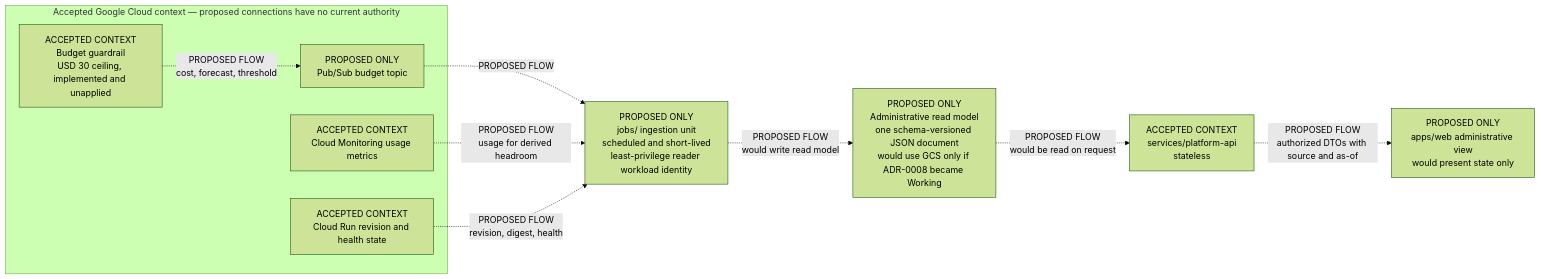
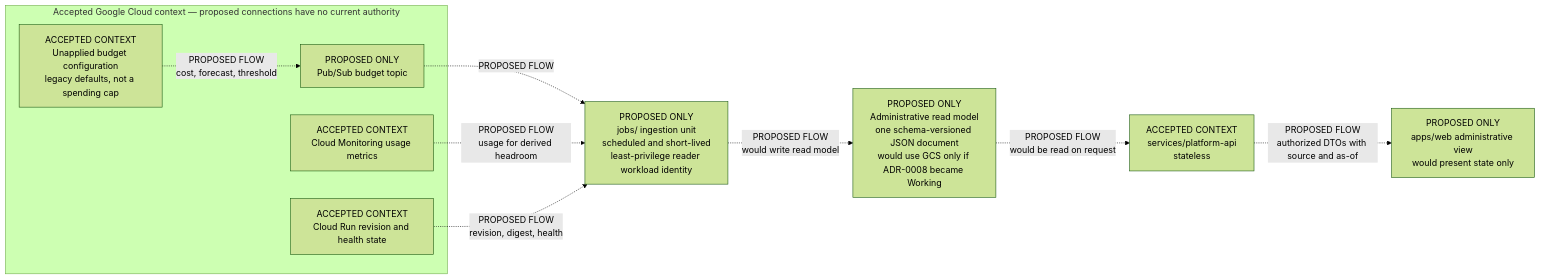
Diagram 11 of 11 in docs/architecture/overview.md (money-noodle/money-noodle), drawn with Mermaid (forest theme) before and after one commit. The commit also changed other lines of this file and 15 other files, not shown here.

````diff
--- a/docs/architecture/overview.md
+++ b/docs/architecture/overview.md
@@ -396,22 +417,22 @@
 ```mermaid
 flowchart LR
     subgraph gcp["Accepted Google Cloud context — proposed connections have no current authority"]
-        budget["ACCEPTED CONTEXT<br/>Budget guardrail<br/>USD 30 ceiling, implemented and unapplied"]
+        budget["ACCEPTED CONTEXT<br/>Unapplied budget configuration<br/>legacy defaults, not a spending cap"]
         topic["PROPOSED ONLY<br/>Pub/Sub budget topic"]
         metrics["ACCEPTED CONTEXT<br/>Cloud Monitoring usage metrics"]
         runState["ACCEPTED CONTEXT<br/>Cloud Run revision and health state"]
     end
 
     job["PROPOSED ONLY<br/>jobs/ ingestion unit<br/>scheduled and short-lived<br/>least-privilege reader workload identity"]
     readModel["PROPOSED ONLY<br/>Administrative read model<br/>one schema-versioned JSON document<br/>would use GCS only if ADR-0008 became Working"]
     apiService["ACCEPTED CONTEXT<br/>services/platform-api<br/>stateless"]
     adminView["PROPOSED ONLY<br/>apps/web administrative view<br/>would present state only"]
 
     budget -. "PROPOSED FLOW<br/>cost, forecast, threshold" .-> topic
     topic -. "PROPOSED FLOW" .-> job
     metrics -. "PROPOSED FLOW<br/>usage for derived headroom" .-> job
     runState -. "PROPOSED FLOW<br/>revision, digest, health" .-> job
     job -. "PROPOSED FLOW<br/>would write read model" .-> readModel
     readModel -. "PROPOSED FLOW<br/>would be read on request" .-> apiService
     apiService -. "PROPOSED FLOW<br/>authorized DTOs with source and as-of" .-> adminView
 ```
````
